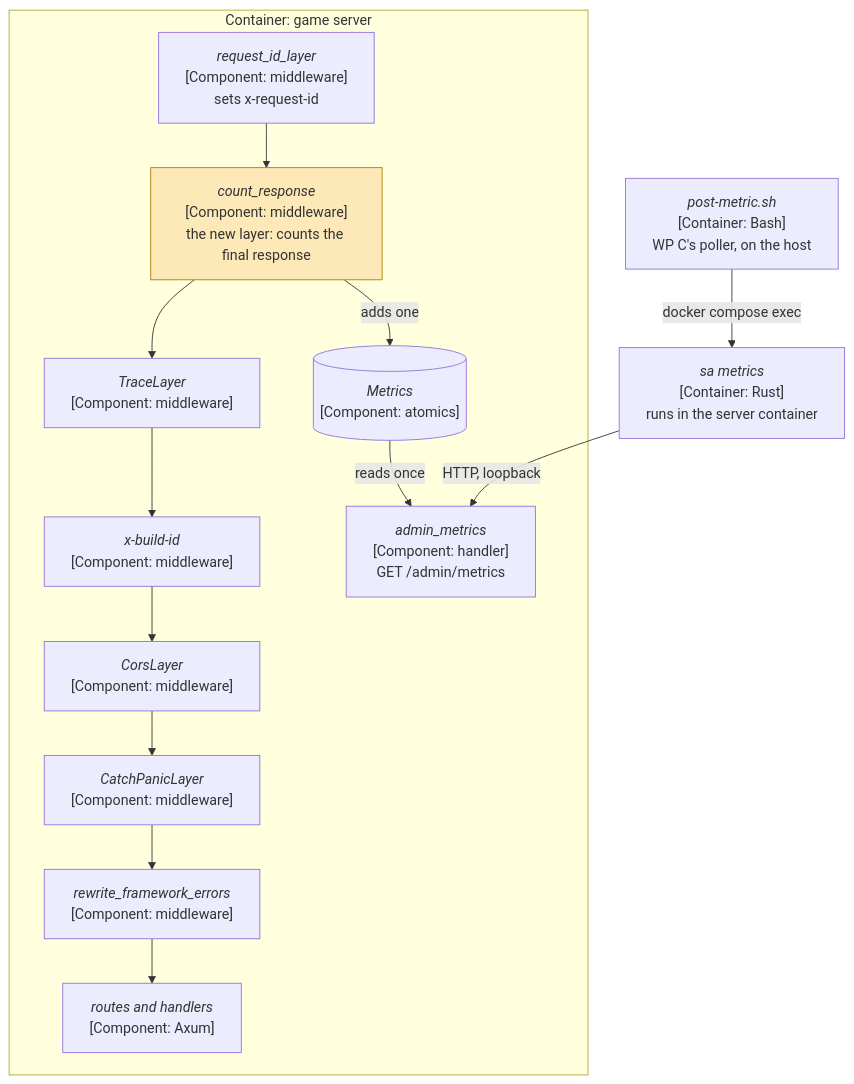
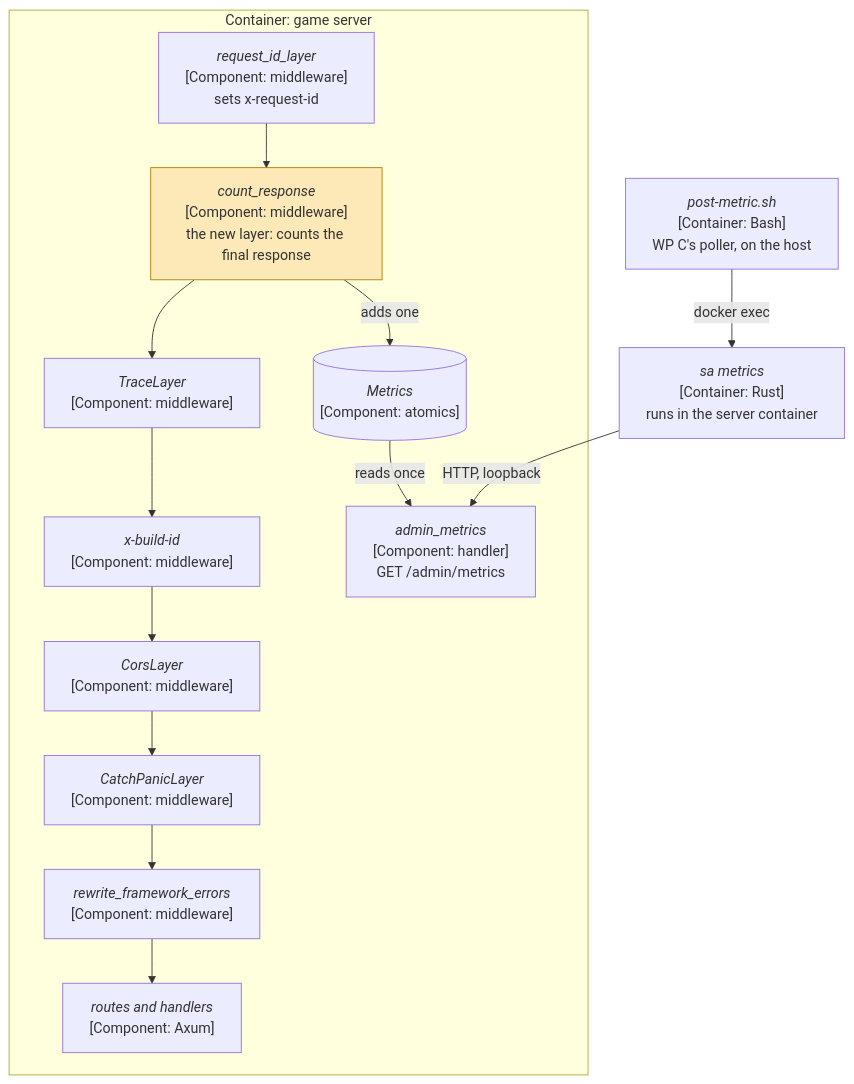
One commit to delphside/programme changed the diagram in applications/tile-lite-elite/3.1.7-changes/workstreams/operations/402-server-error-handling/402-counters.md. Above: the diagram before and after it, drawn with Mermaid. The commit also changed other lines of this file and 1 other file, not shown here.

First line of the commit message:
TLE #402: WP B design: the poller reaches the server by docker exec

````diff
--- a/applications/tile-lite-elite/3.1.7-changes/workstreams/operations/402-server-error-handling/402-counters.md
+++ b/applications/tile-lite-elite/3.1.7-changes/workstreams/operations/402-server-error-handling/402-counters.md
@@ -187,23 +187,23 @@
 ```mermaid
 flowchart TB
     subgraph Server["Container: game server"]
         RID["<i>request_id_layer</i><br>[Component: middleware]<br>sets x-request-id"]
         CNT["<i>count_response</i><br>[Component: middleware]<br>the new layer: counts the final response"]
         TRC["<i>TraceLayer</i><br>[Component: middleware]"]
         BID["<i>x-build-id</i><br>[Component: middleware]"]
         COR["<i>CorsLayer</i><br>[Component: middleware]"]
         PAN["<i>CatchPanicLayer</i><br>[Component: middleware]"]
         RWR["<i>rewrite_framework_errors</i><br>[Component: middleware]"]
         RTE["<i>routes and handlers</i><br>[Component: Axum]"]
         MET[("<i>Metrics</i><br>[Component: atomics]")]
         ADM["<i>admin_metrics</i><br>[Component: handler]<br>GET /admin/metrics"]
     end
     CLI["<i>sa metrics</i><br>[Container: Rust]<br>runs in the server container"]
     POL["<i>post-metric.sh</i><br>[Container: Bash]<br>WP C's poller, on the host"]
     RID --> CNT --> TRC --> BID --> COR --> PAN --> RWR --> RTE
     CNT -- "adds one" --> MET
     MET -- "reads once" --> ADM
     CLI -- "HTTP, loopback" --> ADM
-    POL -- "docker compose exec" --> CLI
+    POL -- "docker exec" --> CLI
     style CNT fill:#fde9b8,stroke:#b07d00
 ```
````
